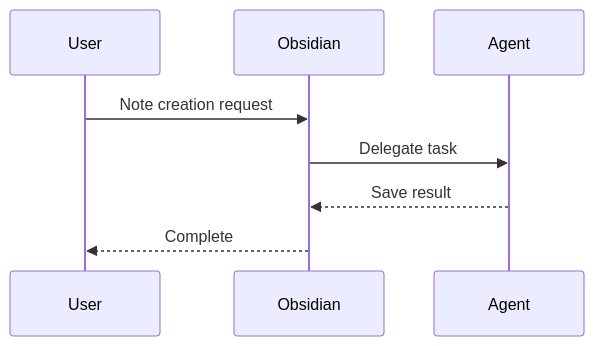
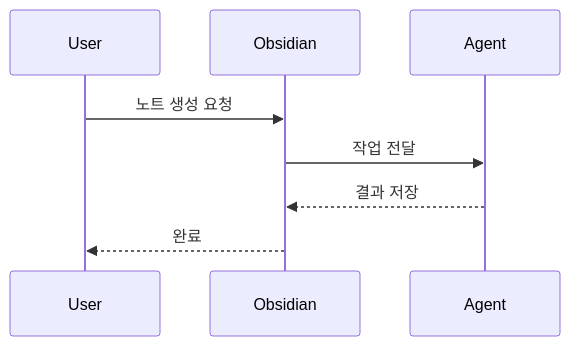
One commit to warqun/AIMindVaults-EN changed the third of 4 diagrams in Vaults/BasicVaults/AIHubVault/.sync/_Standards/Core/Plugins/MERMAID_JUGGL_SYNTAX.md. Above: the diagram before and after it, drawn with Mermaid. The commit also changed other lines of this file and 222 other files, not shown here.

````diff
--- a/Vaults/BasicVaults/AIHubVault/.sync/_Standards/Core/Plugins/MERMAID_JUGGL_SYNTAX.md
+++ b/Vaults/BasicVaults/AIHubVault/.sync/_Standards/Core/Plugins/MERMAID_JUGGL_SYNTAX.md
@@ -36,10 +36,10 @@
 ```mermaid
 sequenceDiagram
   participant U as User
   participant O as Obsidian
   participant A as Agent
-  U->>O: Note creation request
-  O->>A: Delegate task
-  A-->>O: Save result
-  O-->>U: Complete
+  U->>O: 노트 생성 요청
+  O->>A: 작업 전달
+  A-->>O: 결과 저장
+  O-->>U: 완료
 ```
````
